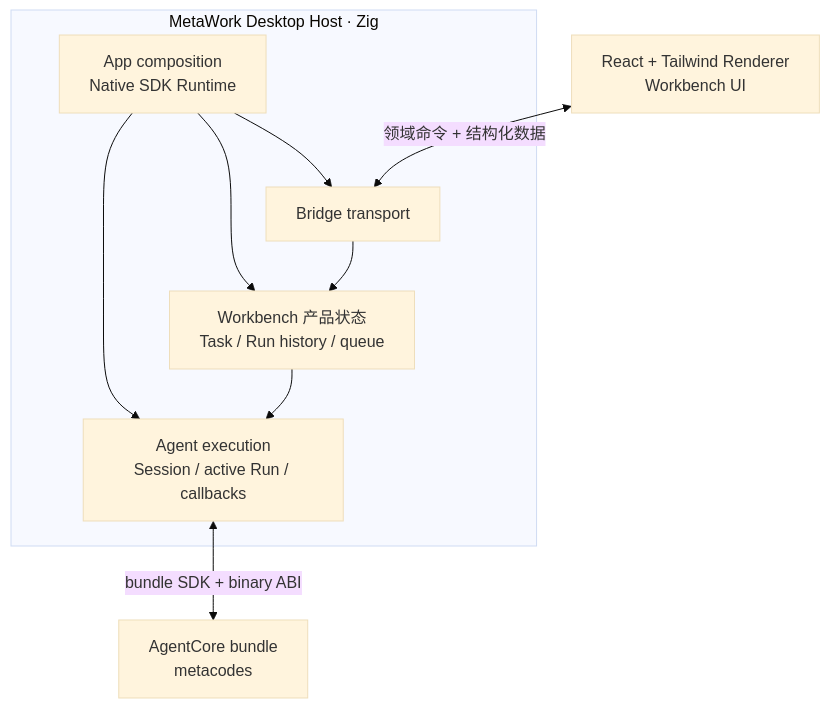
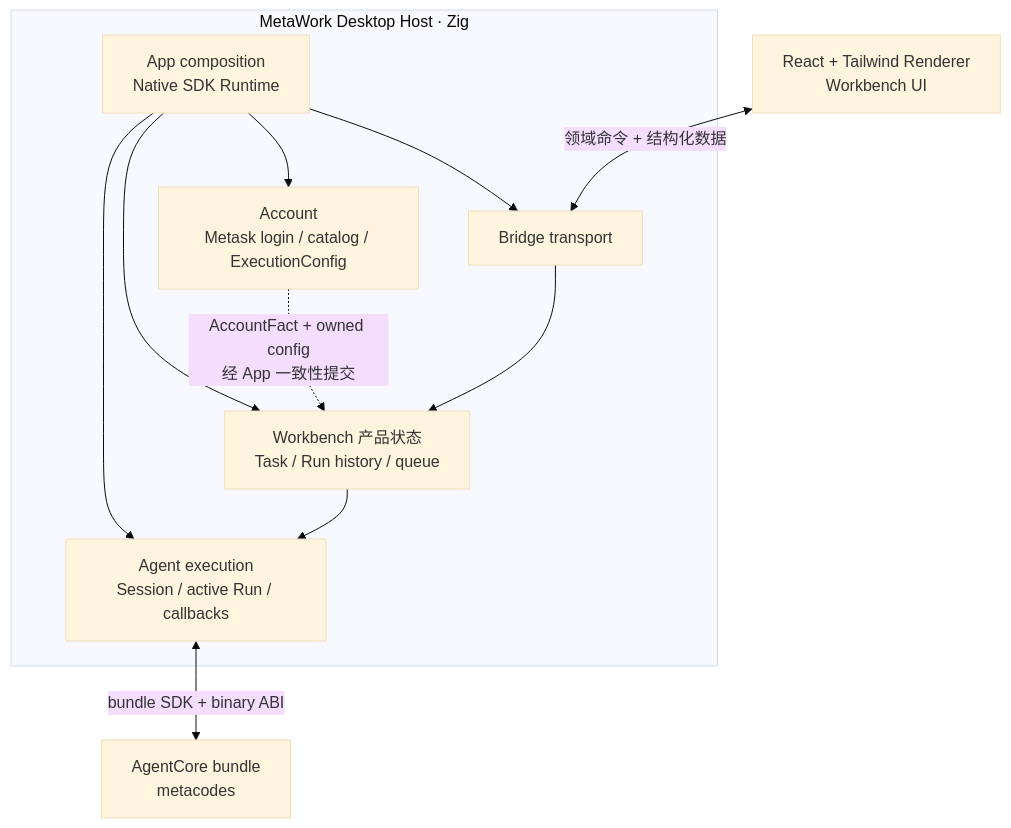
Before and after one commit to metask-ai/metawork: the diagram in docs/architecture.md, drawn with Mermaid (base theme). The commit also changed other lines of this file and 10 other files, not shown here.

Commit message:
feat(account): establish Metask account contract

````diff
--- a/docs/architecture.md
+++ b/docs/architecture.md
@@ -53,21 +53,24 @@
 ```mermaid
 flowchart TB
     UI["React + Tailwind Renderer<br/>Workbench UI"]
 
     subgraph HOST["MetaWork Desktop Host · Zig"]
         APP["App composition<br/>Native SDK Runtime"]
+        ACCOUNT["Account<br/>Metask login / catalog / ExecutionConfig"]
         BRIDGE["Bridge transport"]
         WB["Workbench 产品状态<br/>Task / Run history / queue"]
         AGENT["Agent execution<br/>Session / active Run / callbacks"]
         APP --> BRIDGE
+        APP --> ACCOUNT
         APP --> WB
         APP --> AGENT
         BRIDGE --> WB
+        ACCOUNT -. "AccountFact + owned config<br/>经 App 一致性提交" .-> WB
         WB --> AGENT
     end
 
     CORE["AgentCore bundle<br/>metacodes"]
 
     UI <-->|"领域命令 + 结构化数据"| BRIDGE
     AGENT <-->|"bundle SDK + binary ABI"| CORE
 ```
````
